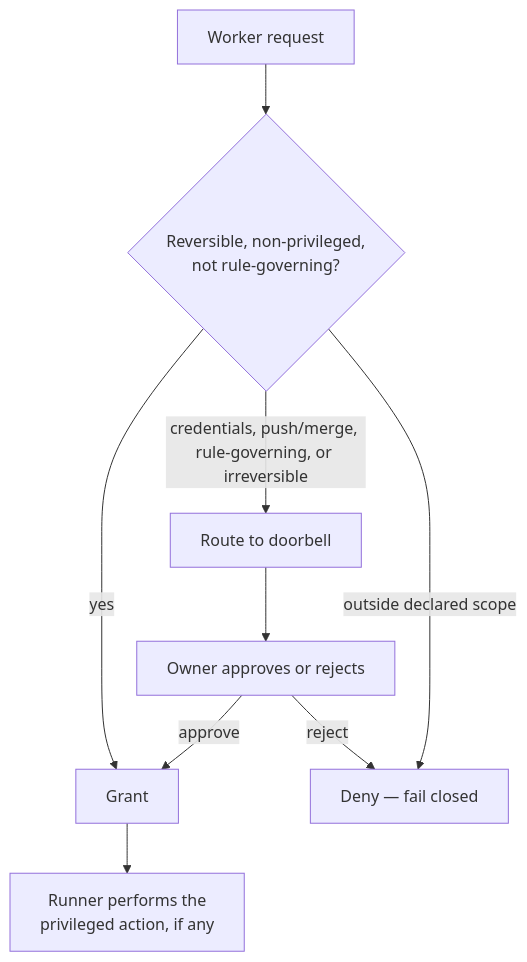
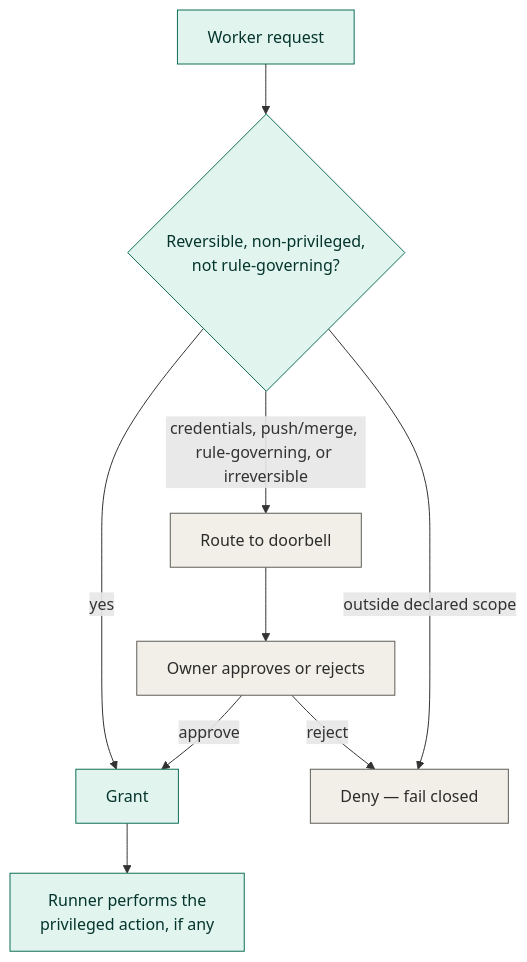
Before and after one commit to agentic-workflow-kit/jig: the diagram in docs/design/core/authorization.md, drawn with Mermaid. The commit also changed 8 other files, not shown here.

First line of the commit message:
docs: style design-layer diagrams by category

````diff
--- a/docs/design/core/authorization.md
+++ b/docs/design/core/authorization.md
@@ -31,12 +31,17 @@
 ```mermaid
 flowchart TD
     Req["Worker request"] --> Cat{"Reversible, non-privileged,<br/>not rule-governing?"}
     Cat -->|yes| Grant["Grant"]
     Cat -->|credentials, push/merge, rule-governing, or irreversible| Route["Route to doorbell"]
     Cat -->|outside declared scope| Deny["Deny — fail closed"]
     Route --> Owner["Owner approves or rejects"]
     Owner -->|approve| Grant
     Owner -->|reject| Deny
 
     Grant --> Runner["Runner performs the<br/>privileged action, if any"]
+
+    classDef core fill:#E1F5EE,stroke:#0F6E56,color:#04342C;
+    classDef neutral fill:#F1EFE8,stroke:#5F5E5A,color:#2C2C2A;
+    class Req,Cat,Grant,Runner core;
+    class Route,Deny,Owner neutral;
 ```
````
